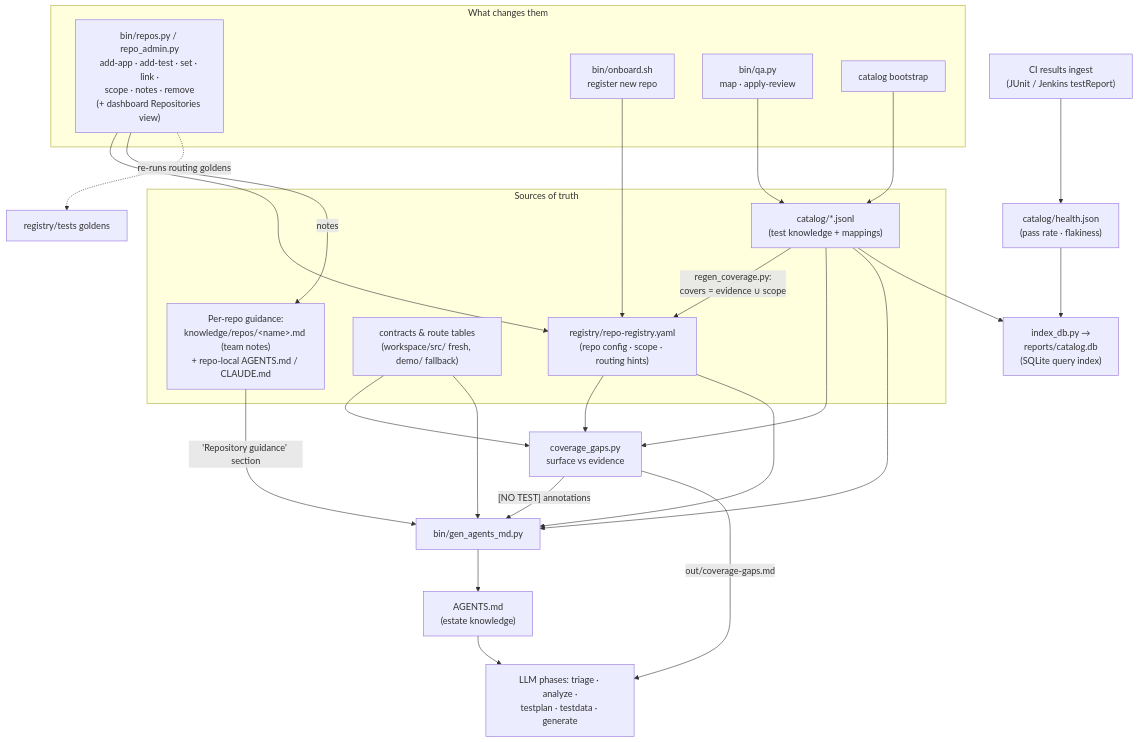
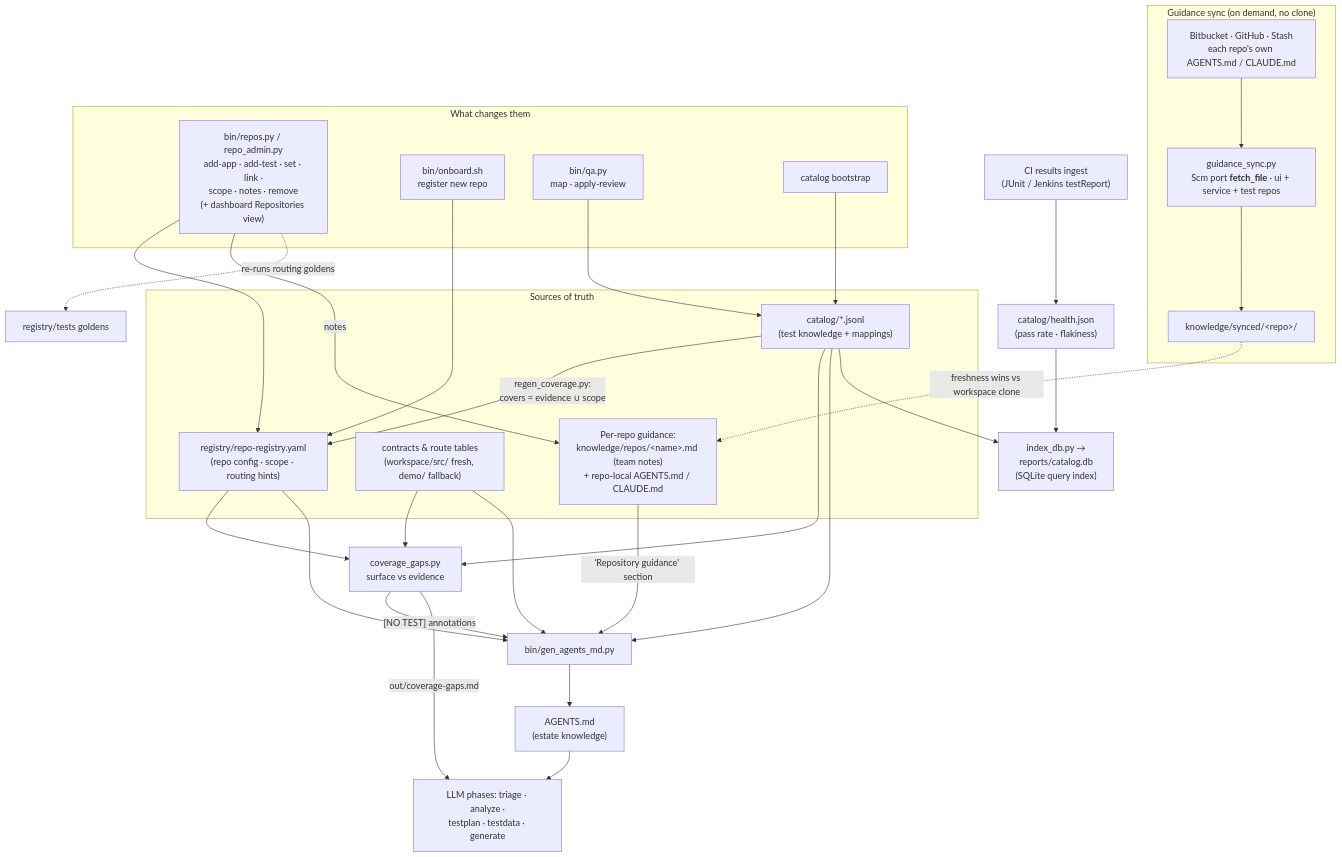
The ninth of 15 diagrams in docs/diagrams.md (anandtopu/auto-tests-gen), drawn with Mermaid before and after one commit. The commit also changed other lines of this file and 3 other files, not shown here.

First line of the commit message:
docs: bring architecture, diagrams and guides up to date with recent work

````diff
--- a/docs/diagrams.md
+++ b/docs/diagrams.md
@@ -218,40 +219,48 @@
 ```mermaid
 flowchart TD
     subgraph SOURCES["Sources of truth"]
         REG["registry/repo-registry.yaml<br/>(repo config · scope · routing hints)"]
         CAT["catalog/*.jsonl<br/>(test knowledge + mappings)"]
         ART["contracts & route tables<br/>(workspace/src/ fresh, demo/ fallback)"]
         GUI["Per-repo guidance:<br/>knowledge/repos/&lt;name&gt;.md (team notes)<br/>+ repo-local AGENTS.md / CLAUDE.md"]
     end
+
+    subgraph SYNC["Guidance sync (on demand, no clone)"]
+        SCMR["Bitbucket · GitHub · Stash<br/>each repo's own AGENTS.md / CLAUDE.md"]
+        GS["guidance_sync.py<br/>Scm port <b>fetch_file</b> · ui + service + test repos"]
+        CACHE["knowledge/synced/&lt;repo&gt;/"]
+        SCMR --> GS --> CACHE
+    end
+    CACHE -. "freshness wins vs workspace clone" .-> GUI
 
     subgraph WRITERS["What changes them"]
         RP["bin/repos.py / repo_admin.py<br/>add-app · add-test · set · link ·<br/>scope · notes · remove<br/>(+ dashboard Repositories view)"]
         OB["bin/onboard.sh<br/>register new repo"]
         QA["bin/qa.py<br/>map · apply-review"]
         BS["catalog bootstrap"]
     end
 
     CI["CI results ingest<br/>(JUnit / Jenkins testReport)"] --> HL["catalog/health.json<br/>(pass rate · flakiness)"]
 
     RP --> REG
     RP -- "notes" --> GUI
     OB --> REG
     QA --> CAT
     BS --> CAT
     CAT -- "regen_coverage.py:<br/>covers = evidence ∪ scope" --> REG
 
     REG --> GAPS["coverage_gaps.py<br/>surface vs evidence"]
     CAT --> GAPS
     ART --> GAPS
     REG --> GEN["bin/gen_agents_md.py"]
     CAT --> GEN
     ART --> GEN
     GUI -- "'Repository guidance' section" --> GEN
     GAPS -- "[NO TEST] annotations" --> GEN
     GEN --> AG["AGENTS.md<br/>(estate knowledge)"]
     AG --> PH["LLM phases: triage · analyze ·<br/>testplan · testdata · generate"]
     GAPS -- "out/coverage-gaps.md" --> PH
     CAT --> DB["index_db.py →<br/>reports/catalog.db<br/>(SQLite query index)"]
     HL --> DB
     RP -. "re-runs routing goldens" .-> GT["registry/tests goldens"]
 ```
````
